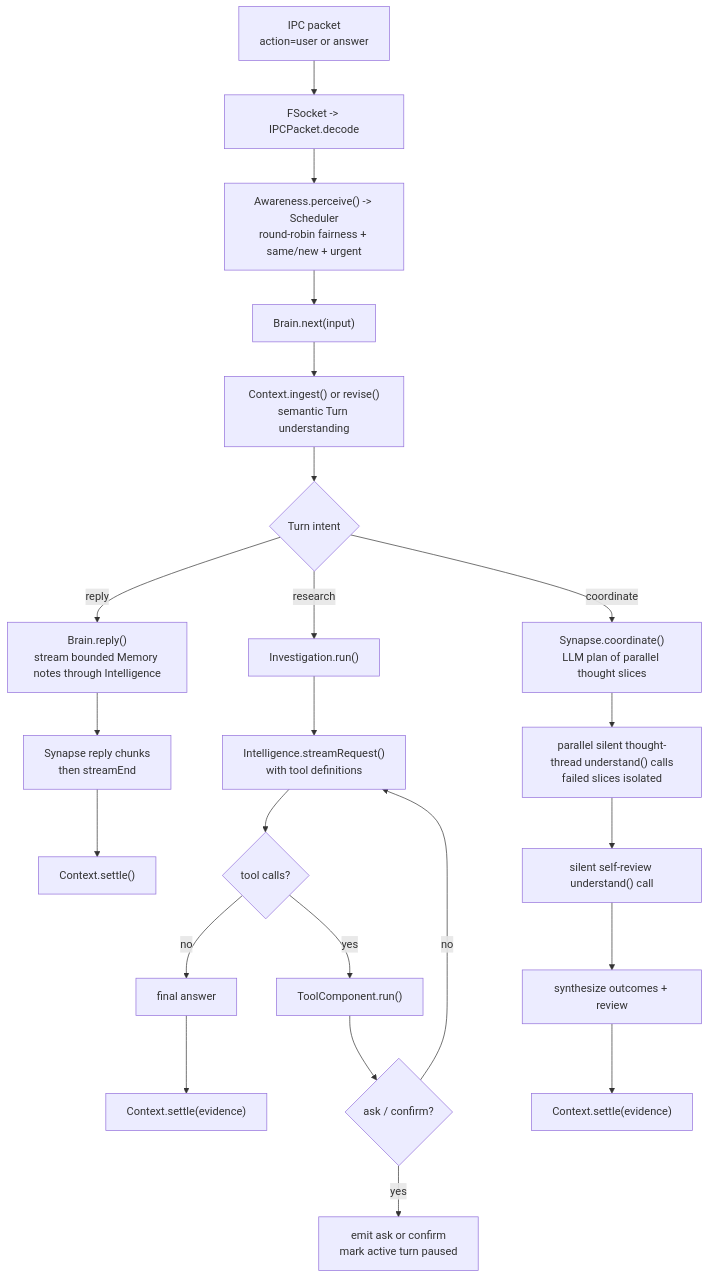
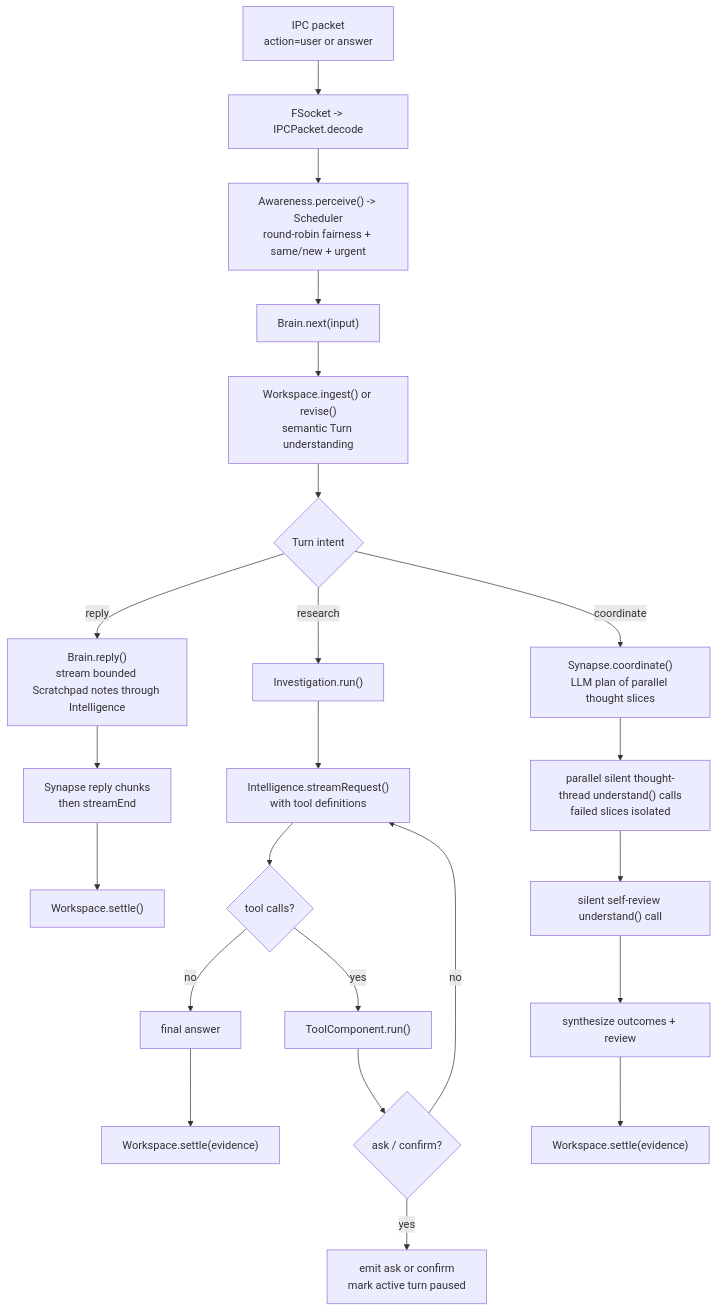
The third of 3 diagrams in README.md (flyflor/flyflor), drawn with Mermaid before and after one commit. The commit also changed other lines of this file and 48 other files, not shown here.

````diff
--- a/README.md
+++ b/README.md
@@ -75,28 +75,28 @@
 ```mermaid
 flowchart TD
     User["IPC packet<br/>action=user or answer"] --> Decode["FSocket -> IPCPacket.decode"]
     Decode --> Gate["Awareness.perceive() -> Scheduler<br/>round-robin fairness + same/new + urgent"]
     Gate --> AgentNext["Brain.next(input)"]
-    AgentNext --> Ingest["Context.ingest() or revise()<br/>semantic Turn understanding"]
+    AgentNext --> Ingest["Workspace.ingest() or revise()<br/>semantic Turn understanding"]
 
     Ingest --> Choice{"Turn intent"}
-    Choice -- reply --> Reply["Brain.reply()<br/>stream bounded Memory notes through Intelligence"]
+    Choice -- reply --> Reply["Brain.reply()<br/>stream bounded Scratchpad notes through Intelligence"]
     Reply --> ReplyOut["Synapse reply chunks<br/>then streamEnd"]
-    ReplyOut --> Settle1["Context.settle()"]
+    ReplyOut --> Settle1["Workspace.settle()"]
 
     Choice -- research --> Research["Investigation.run()"]
     Research --> LlmTools["Intelligence.streamRequest()<br/>with tool definitions"]
     LlmTools --> HasAction{"tool calls?"}
     HasAction -- no --> FinalAnswer["final answer"]
     HasAction -- yes --> RunTool["ToolComponent.run()"]
     RunTool --> Pause{"ask / confirm?"}
     Pause -- yes --> UserPause["emit ask or confirm<br/>mark active turn paused"]
     Pause -- no --> LlmTools
-    FinalAnswer --> Settle2["Context.settle(evidence)"]
+    FinalAnswer --> Settle2["Workspace.settle(evidence)"]
 
     Choice -- coordinate --> Coordinate["Synapse.coordinate()<br/>LLM plan of parallel thought slices"]
     Coordinate --> Workers["parallel silent thought-thread understand() calls<br/>failed slices isolated"]
     Workers --> Review["silent self-review understand() call"]
     Review --> Synthesis["synthesize outcomes + review"]
-    Synthesis --> Settle4["Context.settle(evidence)"]
+    Synthesis --> Settle4["Workspace.settle(evidence)"]
 ```
````
